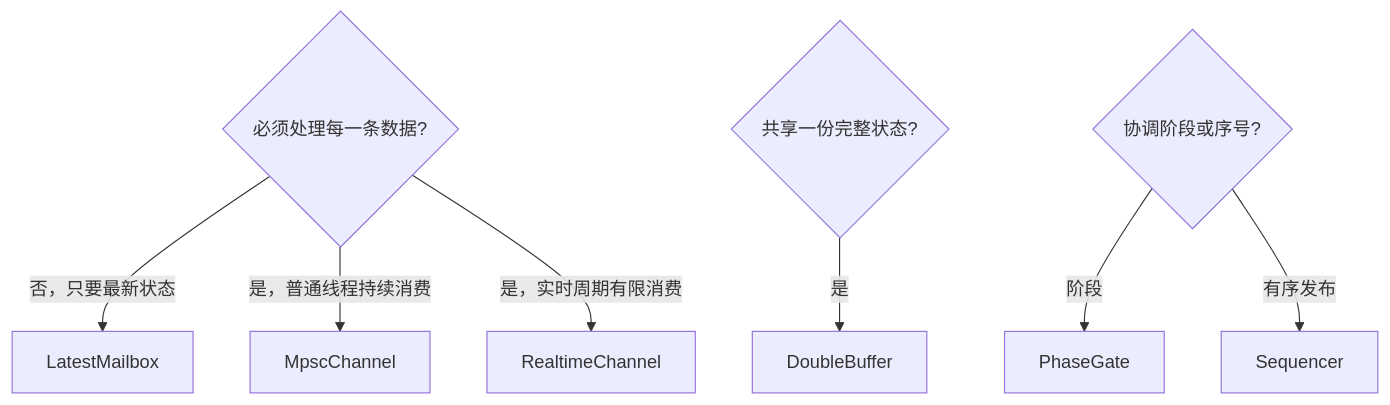
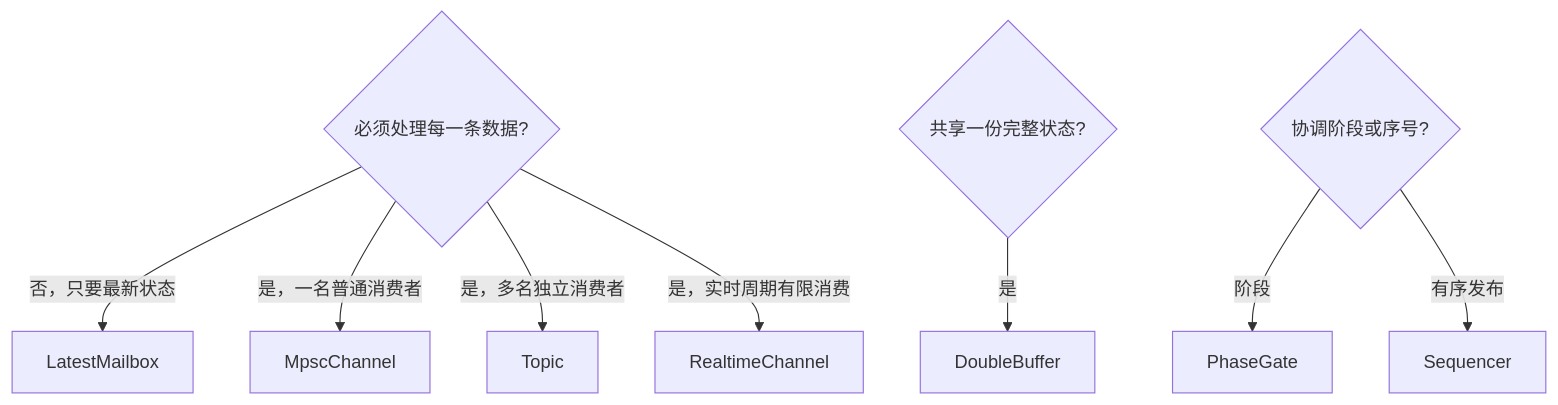
Before and after one commit to Linductor-alkaid/executor: the diagram in website/zh/guides/choosing-communication.md, drawn with Mermaid. The commit also changed other lines of this file and 21 other files, not shown here.

````diff
--- a/website/zh/guides/choosing-communication.md
+++ b/website/zh/guides/choosing-communication.md
@@ -20,12 +21,13 @@
 ```mermaid
 flowchart TD
     A{必须处理每一条数据?}
     A -- 否，只要最新状态 --> B[LatestMailbox]
-    A -- 是，普通线程持续消费 --> C[MpscChannel]
+    A -- 是，一名普通消费者 --> C[MpscChannel]
+    A -- 是，多名独立消费者 --> T[Topic]
     A -- 是，实时周期有限消费 --> D[RealtimeChannel]
     E{共享一份完整状态?}
     E -- 是 --> F[DoubleBuffer]
     G{协调阶段或序号?}
     G -- 阶段 --> H[PhaseGate]
     G -- 有序发布 --> I[Sequencer]
 ```
````
